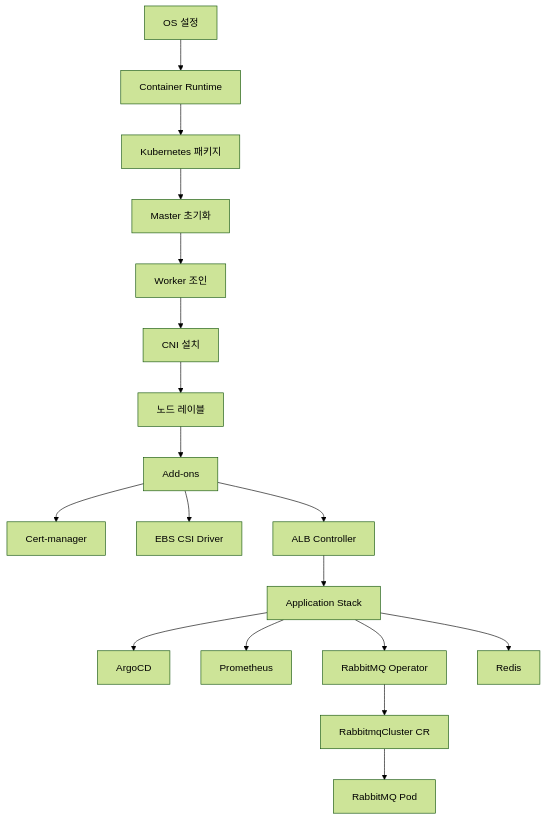
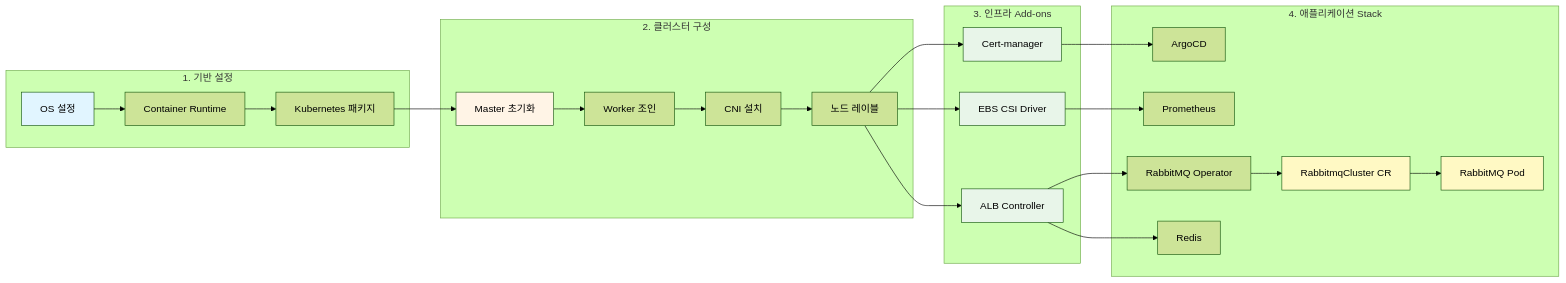
Before and after one commit to SeSACTHON/backend: the fourth of 8 diagrams in INFRASTRUCTURE_DEPLOYMENT_DIAGRAM.md, drawn with Mermaid (forest theme).

Commit message:
refactor: Make Kubernetes cluster build diagram more compact for reports
Change vertical structure to horizontal grouped layout:
- Grouped into 4 phases: Foundation, Cluster Setup, Infrastructure Add-ons, Application Stack
- Reduced vertical length by using horizontal flow
- Better suited for report/documentation inclusion

````diff
--- a/INFRASTRUCTURE_DEPLOYMENT_DIAGRAM.md
+++ b/INFRASTRUCTURE_DEPLOYMENT_DIAGRAM.md
@@ -116,22 +116,37 @@
 ```mermaid
-graph TB
-    A[OS 설정] --> B[Container Runtime]
-    B --> C[Kubernetes 패키지]
-    C --> D[Master 초기화]
-    D --> E[Worker 조인]
-    E --> F[CNI 설치]
-    F --> G[노드 레이블]
+graph LR
+    subgraph "1. 기반 설정"
+        A[OS 설정] --> B[Container Runtime]
+        B --> C[Kubernetes 패키지]
+    end
     
-    G --> H[Add-ons]
-    H --> I[Cert-manager]
-    H --> J[EBS CSI Driver]
-    H --> K[ALB Controller]
+    subgraph "2. 클러스터 구성"
+        C --> D[Master 초기화]
+        D --> E[Worker 조인]
+        E --> F[CNI 설치]
+        F --> G[노드 레이블]
+    end
     
-    K --> L[Application Stack]
-    L --> M[ArgoCD]
-    L --> N[Prometheus]
-    L --> O[RabbitMQ Operator]
-    O --> P[RabbitmqCluster CR]
-    P --> Q[RabbitMQ Pod]
-    L --> R[Redis]
+    subgraph "3. 인프라 Add-ons"
+        G --> H1[Cert-manager]
+        G --> H2[EBS CSI Driver]
+        G --> H3[ALB Controller]
+    end
+    
+    subgraph "4. 애플리케이션 Stack"
+        H1 --> I[ArgoCD]
+        H2 --> J[Prometheus]
+        H3 --> K1[RabbitMQ Operator]
+        K1 --> K2[RabbitmqCluster CR]
+        K2 --> K3[RabbitMQ Pod]
+        H3 --> L[Redis]
+    end
+    
+    style A fill:#e1f5ff
+    style D fill:#fff4e6
+    style H1 fill:#e8f5e9
+    style H2 fill:#e8f5e9
+    style H3 fill:#e8f5e9
+    style K2 fill:#fff9c4
+    style K3 fill:#fff9c4
 ```
````
